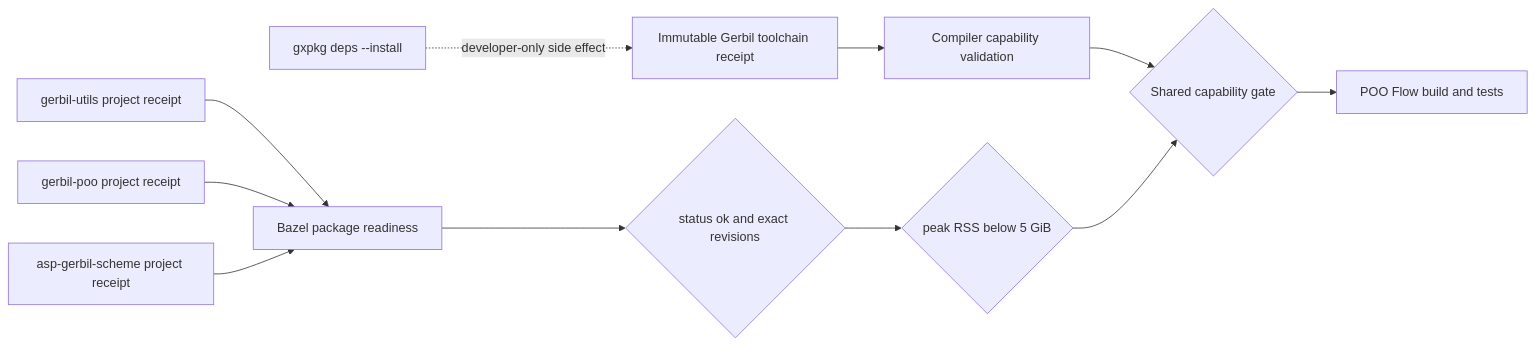
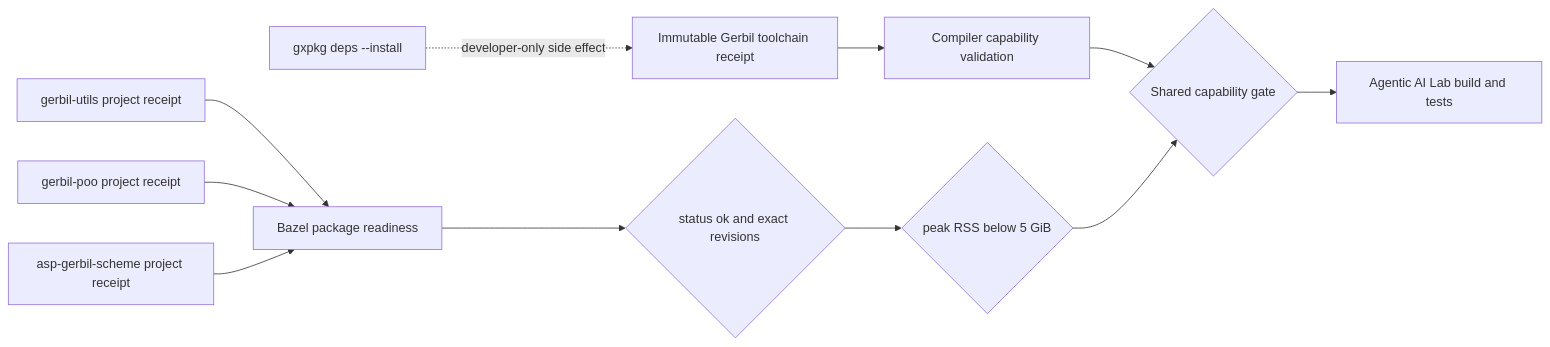
Before and after one commit to tao3k/gebril-yuanxu: the third of 3 diagrams in module-system/design/147-adaptive-scheme-build-guard/05-cold-build-truth/04-ci-cache-pressure.org, drawn with Mermaid. The commit also changed other lines of this file and 507 other files, not shown here.

```diff
--- a/module-system/design/147-adaptive-scheme-build-guard/05-cold-build-truth/04-ci-cache-pressure.org
+++ b/module-system/design/147-adaptive-scheme-build-guard/05-cold-build-truth/04-ci-cache-pressure.org
@@ -220,13 +220,13 @@
 #+begin_src mermaid
 flowchart LR
   Toolchain["Immutable Gerbil toolchain receipt"] --> Capability["Compiler capability validation"]
   Utils["gerbil-utils project receipt"] --> Ready["Bazel package readiness"]
   Poo["gerbil-poo project receipt"] --> Ready
   Asp["asp-gerbil-scheme project receipt"] --> Ready
   Capability --> Gate{"Shared capability gate"}
   Ready --> Revision{"status ok and exact revisions"}
   Revision --> Memory{"peak RSS below 5 GiB"}
   Memory --> Gate
-  Gate --> Flow["POO Flow build and tests"]
+  Gate --> Flow["Agentic AI Lab build and tests"]
   Install["gxpkg deps --install"] -. "developer-only side effect" .-> Toolchain
 #+end_src
```
